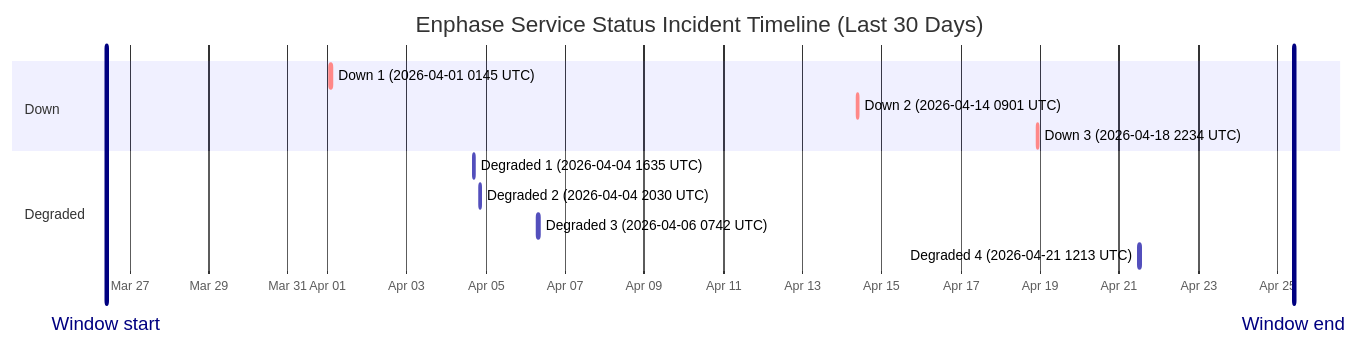
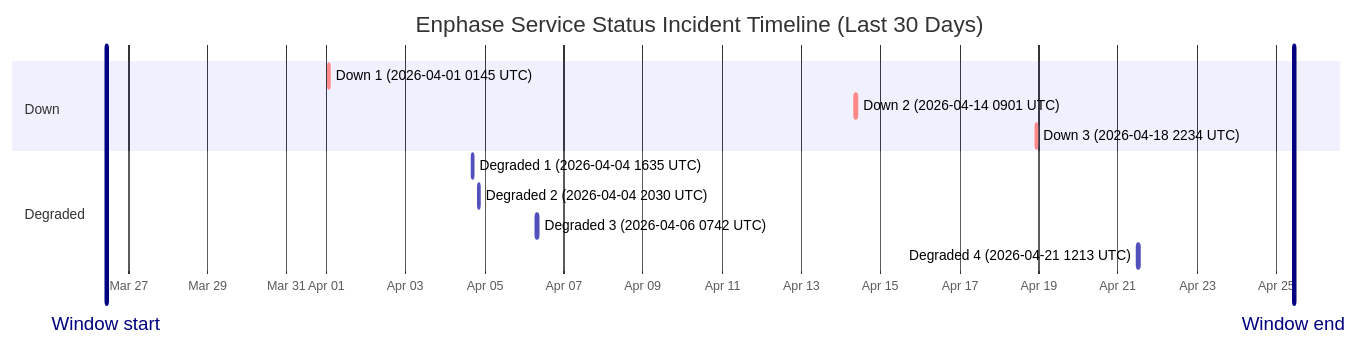
Before and after one commit to barneyonline/ha-enphase-ev-charger: the diagram in wiki/Service-Status-History.md, drawn with Mermaid. The commit also changed other lines of this file and 3 other files, not shown here.

````diff
--- a/wiki/Service-Status-History.md
+++ b/wiki/Service-Status-History.md
@@ -14,17 +14,17 @@
 ```mermaid
 gantt
     title Enphase Service Status Incident Timeline (Last 30 Days)
     dateFormat  YYYY-MM-DDTHH:mm:ss
     axisFormat  %b %d
-    Window start :vert, window-start, 2026-03-26T09:52:12, 0ms
-    Window end :vert, window-end, 2026-04-25T09:52:12, 0ms
+    Window start :vert, window-start, 2026-03-26T10:42:40, 0ms
+    Window end :vert, window-end, 2026-04-25T10:42:40, 0ms
     section Down
     Down 1 (2026-04-01 0145 UTC) :crit, down-1, 2026-04-01T01:45:09, 60m
     Down 2 (2026-04-14 0901 UTC) :crit, down-2, 2026-04-14T09:01:13, 60m
     Down 3 (2026-04-18 2234 UTC) :crit, down-3, 2026-04-18T22:34:13, 60m
     section Degraded
     Degraded 1 (2026-04-04 1635 UTC) :active, degraded-1, 2026-04-04T16:35:17, 60m
     Degraded 2 (2026-04-04 2030 UTC) :active, degraded-2, 2026-04-04T20:30:40, 60m
     Degraded 3 (2026-04-06 0742 UTC) :active, degraded-3, 2026-04-06T07:42:09, 85m
     Degraded 4 (2026-04-21 1213 UTC) :active, degraded-4, 2026-04-21T12:13:11, 60m
 ```
````
